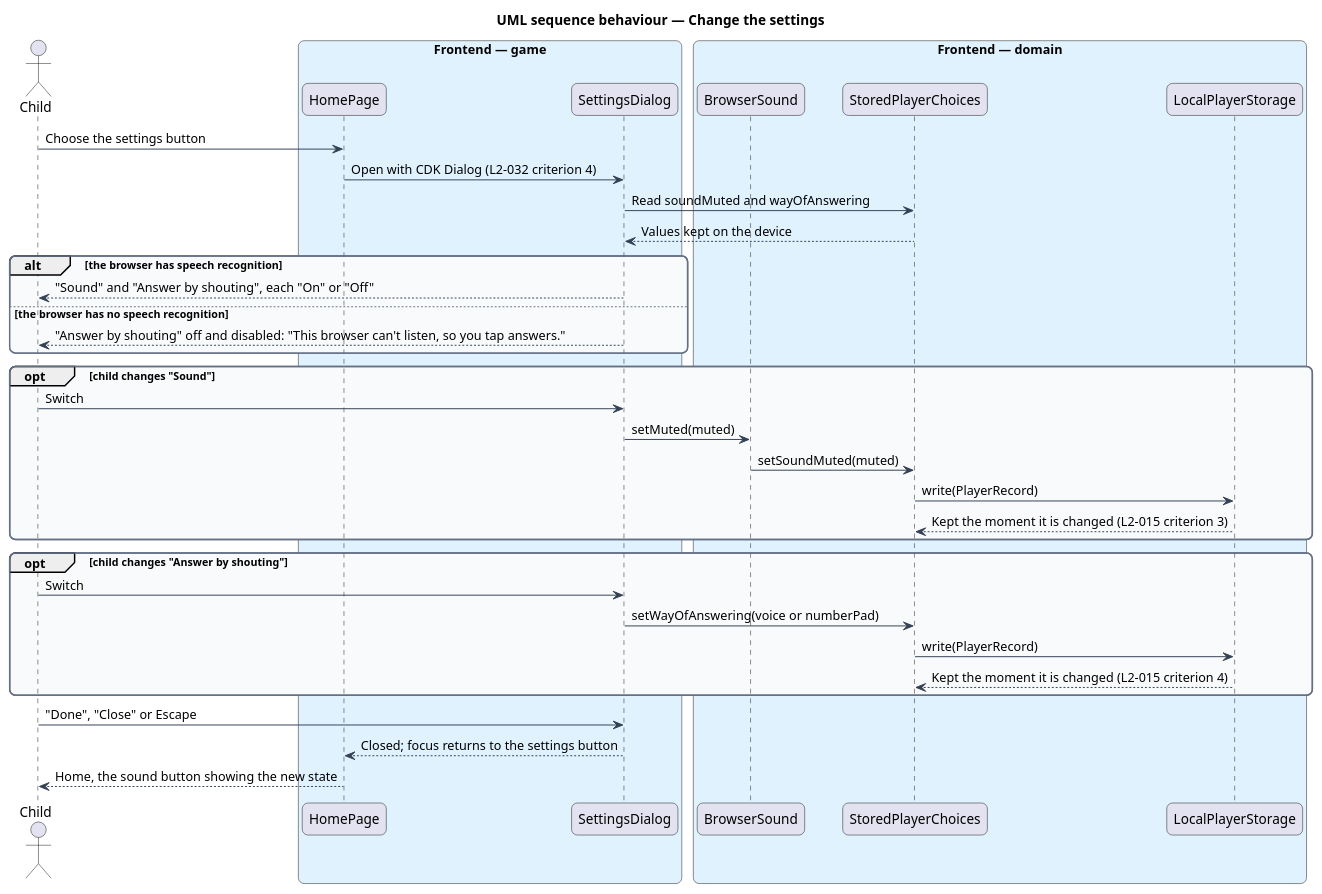
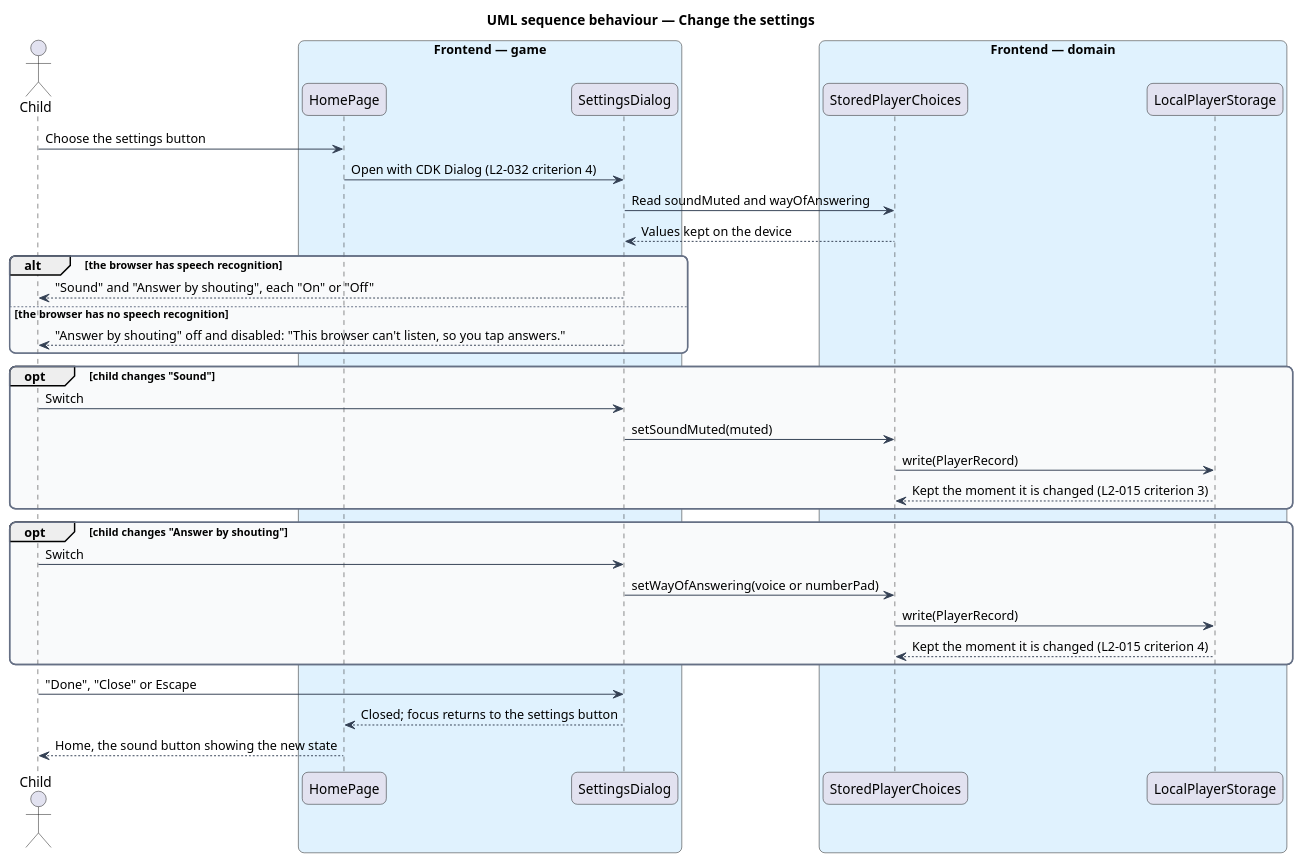
Before and after one commit to QuinntyneBrown/around-the-world: the diagram in docs/detailed-designs/player/find-way-through-screens/diagrams/sequence-change-settings.puml, drawn with PlantUML. The commit also changed 25 other files, not shown here.

```diff
--- a/docs/detailed-designs/player/find-way-through-screens/diagrams/sequence-change-settings.puml
+++ b/docs/detailed-designs/player/find-way-through-screens/diagrams/sequence-change-settings.puml
@@ -1,52 +1,50 @@
 @startuml
 title UML sequence behaviour — Change the settings
 skinparam backgroundColor #FFFFFF
 skinparam shadowing false
 skinparam roundcorner 12
 skinparam defaultFontName Arial
 skinparam ArrowColor #344054
 skinparam rectangle {
   BorderColor #344054
   FontColor #101828
 }
 skinparam package {
   BorderColor #667085
   FontColor #101828
   BackgroundColor #F9FAFB
 }
 actor "Child" as actor
 box "Frontend — game" #E0F2FE
   participant "HomePage" as home
   participant "SettingsDialog" as dialog
 end box
 box "Frontend — domain" #E0F2FE
-  participant "BrowserSound" as sound
   participant "StoredPlayerChoices" as choices
   participant "LocalPlayerStorage" as storage
 end box
 actor -> home : Choose the settings button
 home -> dialog : Open with CDK Dialog (L2-032 criterion 4)
 dialog -> choices : Read soundMuted and wayOfAnswering
 choices --> dialog : Values kept on the device
 alt the browser has speech recognition
   dialog --> actor : "Sound" and "Answer by shouting", each "On" or "Off"
 else the browser has no speech recognition
   dialog --> actor : "Answer by shouting" off and disabled: "This browser can't listen, so you tap answers."
 end
 opt child changes "Sound"
   actor -> dialog : Switch
-  dialog -> sound : setMuted(muted)
-  sound -> choices : setSoundMuted(muted)
+  dialog -> choices : setSoundMuted(muted)
   choices -> storage : write(PlayerRecord)
   storage --> choices : Kept the moment it is changed (L2-015 criterion 3)
 end
 opt child changes "Answer by shouting"
   actor -> dialog : Switch
   dialog -> choices : setWayOfAnswering(voice or numberPad)
   choices -> storage : write(PlayerRecord)
   storage --> choices : Kept the moment it is changed (L2-015 criterion 4)
 end
 actor -> dialog : "Done", "Close" or Escape
 dialog --> home : Closed; focus returns to the settings button
 home --> actor : Home, the sound button showing the new state
 @enduml
```
